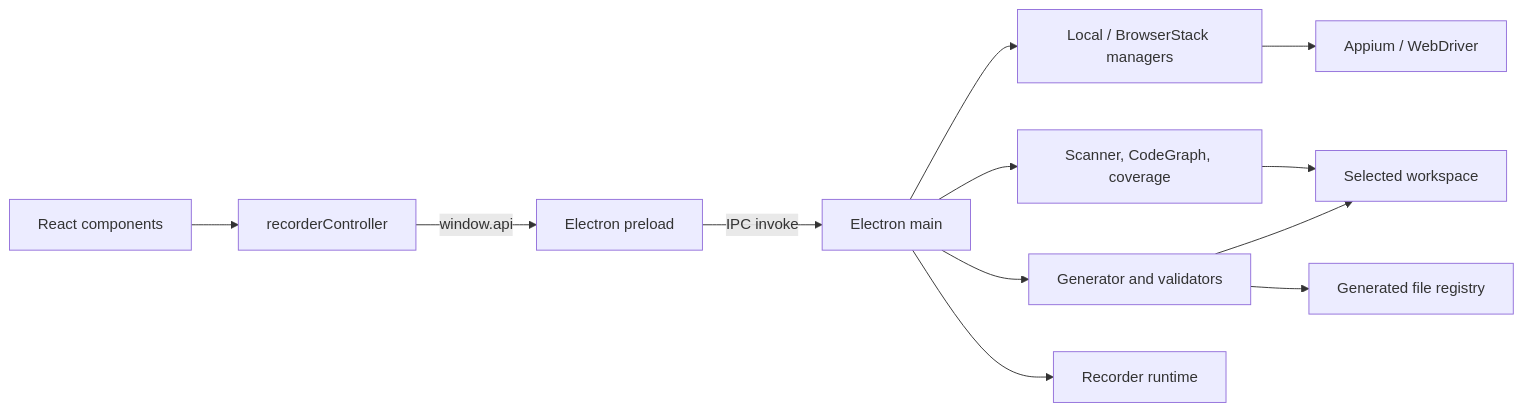
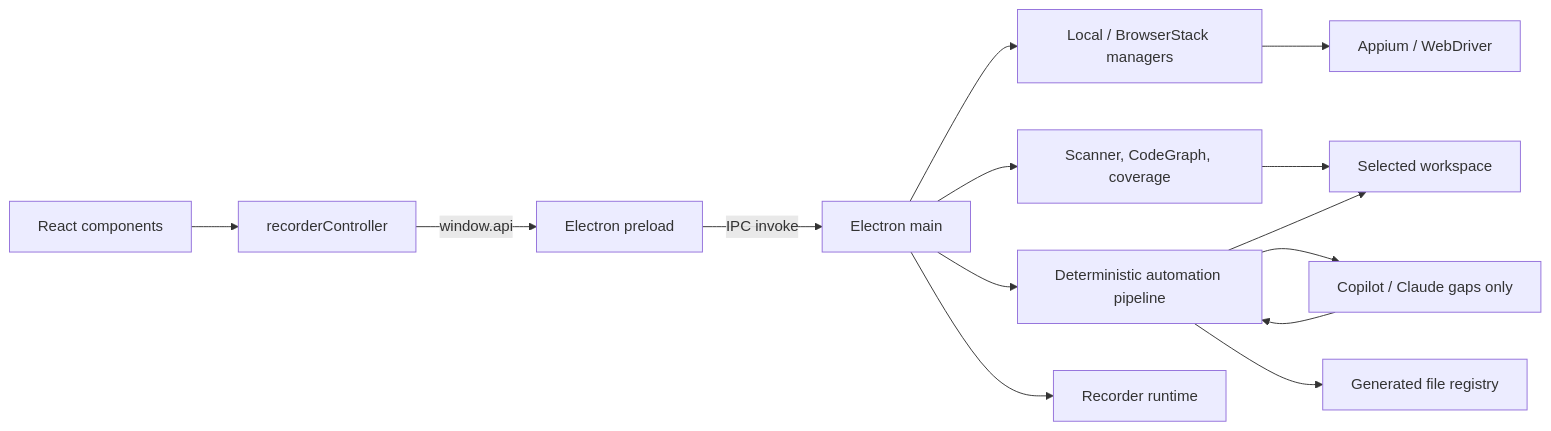
One commit to kevinhuamani-zorem/tool-mobile changed the diagram in docs/ARCHITECTURE.md. Above: the diagram before and after it, drawn with Mermaid. The commit also changed other lines of this file and 26 other files, not shown here.

Commit message:
feat(recorder): add deterministic automation pipeline

````diff
--- a/docs/ARCHITECTURE.md
+++ b/docs/ARCHITECTURE.md
@@ -12,14 +12,16 @@
 ```mermaid
 flowchart LR
     UI[React components] --> RC[recorderController]
     RC -->|window.api| PL[Electron preload]
     PL -->|IPC invoke| MAIN[Electron main]
     MAIN --> SESSION[Local / BrowserStack managers]
     SESSION --> APPIUM[Appium / WebDriver]
     MAIN --> SCAN[Scanner, CodeGraph, coverage]
-    MAIN --> GEN[Generator and validators]
+    MAIN --> PIPE[Deterministic automation pipeline]
     SCAN --> TARGET[Selected workspace]
-    GEN --> TARGET
-    GEN --> REG[Generated file registry]
+    PIPE --> AGENT[Copilot / Claude gaps only]
+    AGENT --> PIPE
+    PIPE --> TARGET
+    PIPE --> REG[Generated file registry]
     MAIN --> RUNTIME[Recorder runtime]
 ```
````
